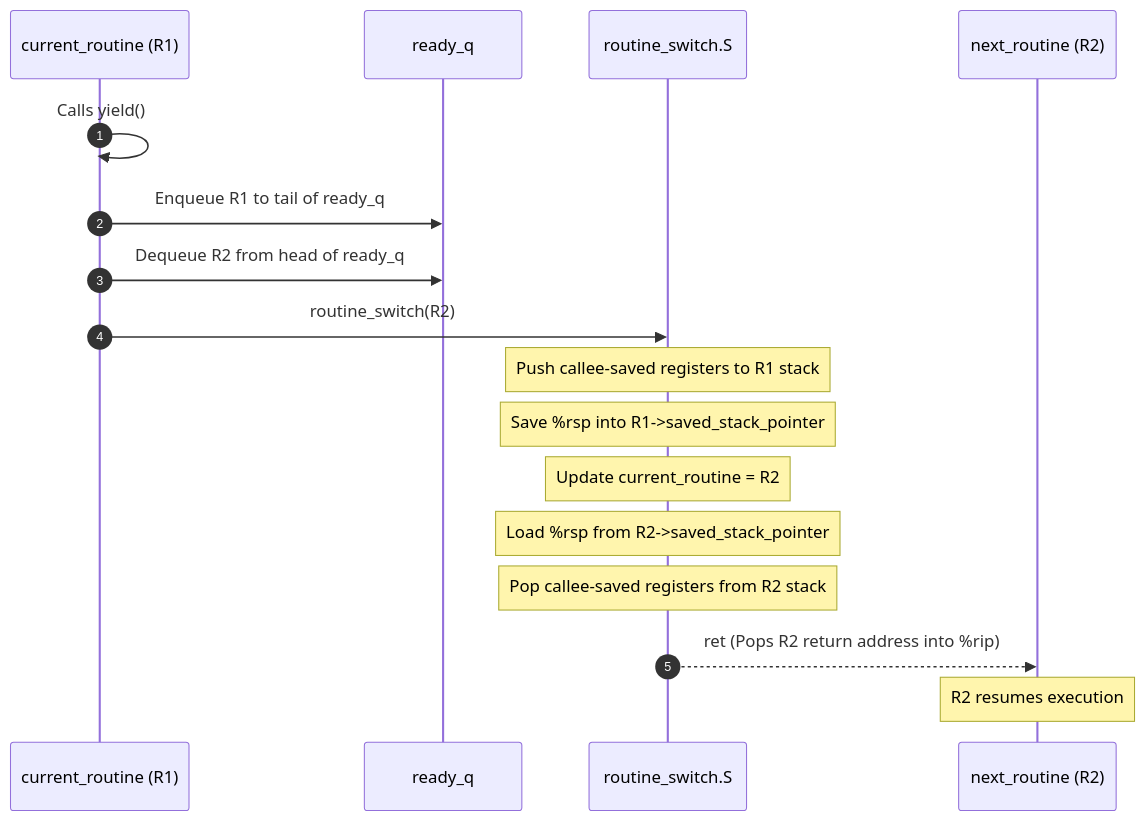
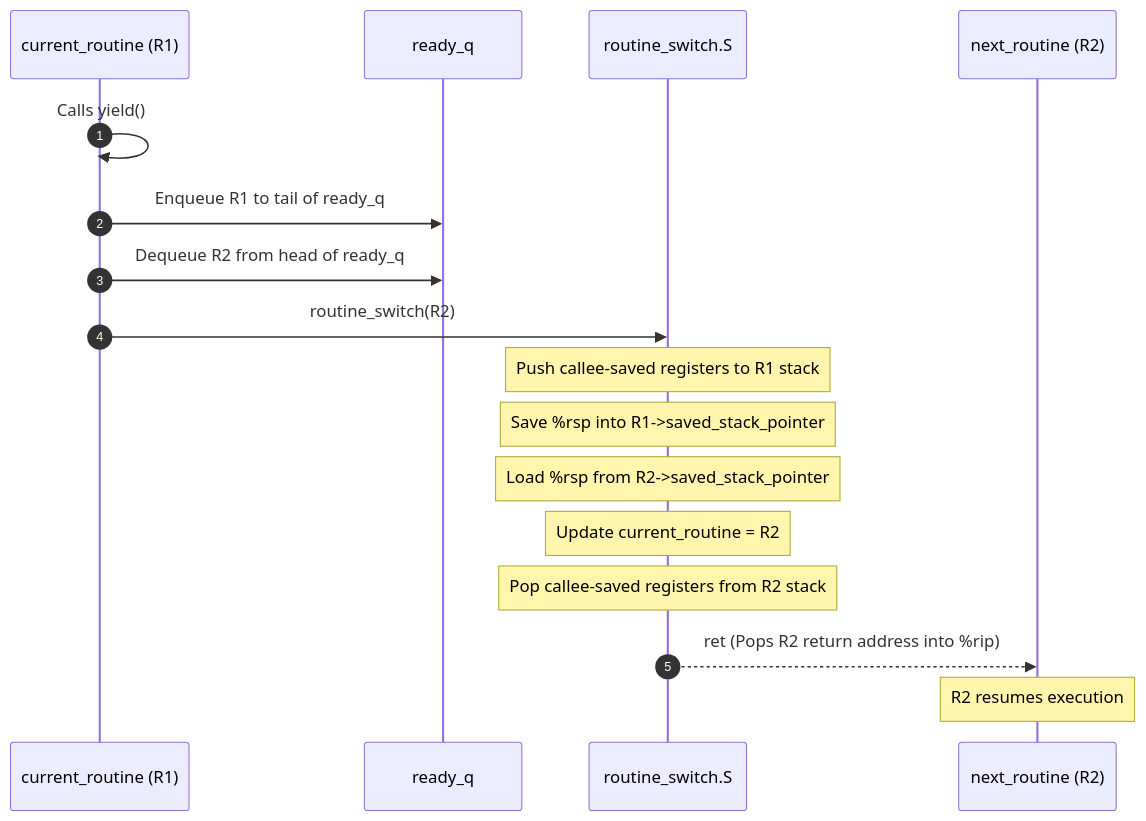
One commit to JTovalin10/uw-cse-notes changed the first of 2 diagrams in Concurrency, Parallelism, and Rust/Coroutines.md. Above: the diagram before and after it, drawn with Mermaid. The commit also changed other lines of this file, not shown here.

````diff
--- a/Concurrency, Parallelism, and Rust/Coroutines.md
+++ b/Concurrency, Parallelism, and Rust/Coroutines.md
@@ -90,20 +90,20 @@
 ```mermaid
 sequenceDiagram
     autonumber
     participant C as current_routine (R1)
     participant Q as ready_q
     participant S as routine_switch.S
     participant N as next_routine (R2)
 
     C->>C: Calls yield()
     C->>Q: Enqueue R1 to tail of ready_q
     C->>Q: Dequeue R2 from head of ready_q
     C->>S: routine_switch(R2)
     Note over S: Push callee-saved registers to R1 stack
     Note over S: Save %rsp into R1->saved_stack_pointer
+    Note over S: Load %rsp from R2->saved_stack_pointer
     Note over S: Update current_routine = R2
-    Note over S: Load %rsp from R2->saved_stack_pointer
     Note over S: Pop callee-saved registers from R2 stack
     S-->>N: ret (Pops R2 return address into %rip)
     Note over N: R2 resumes execution
 ```
````
